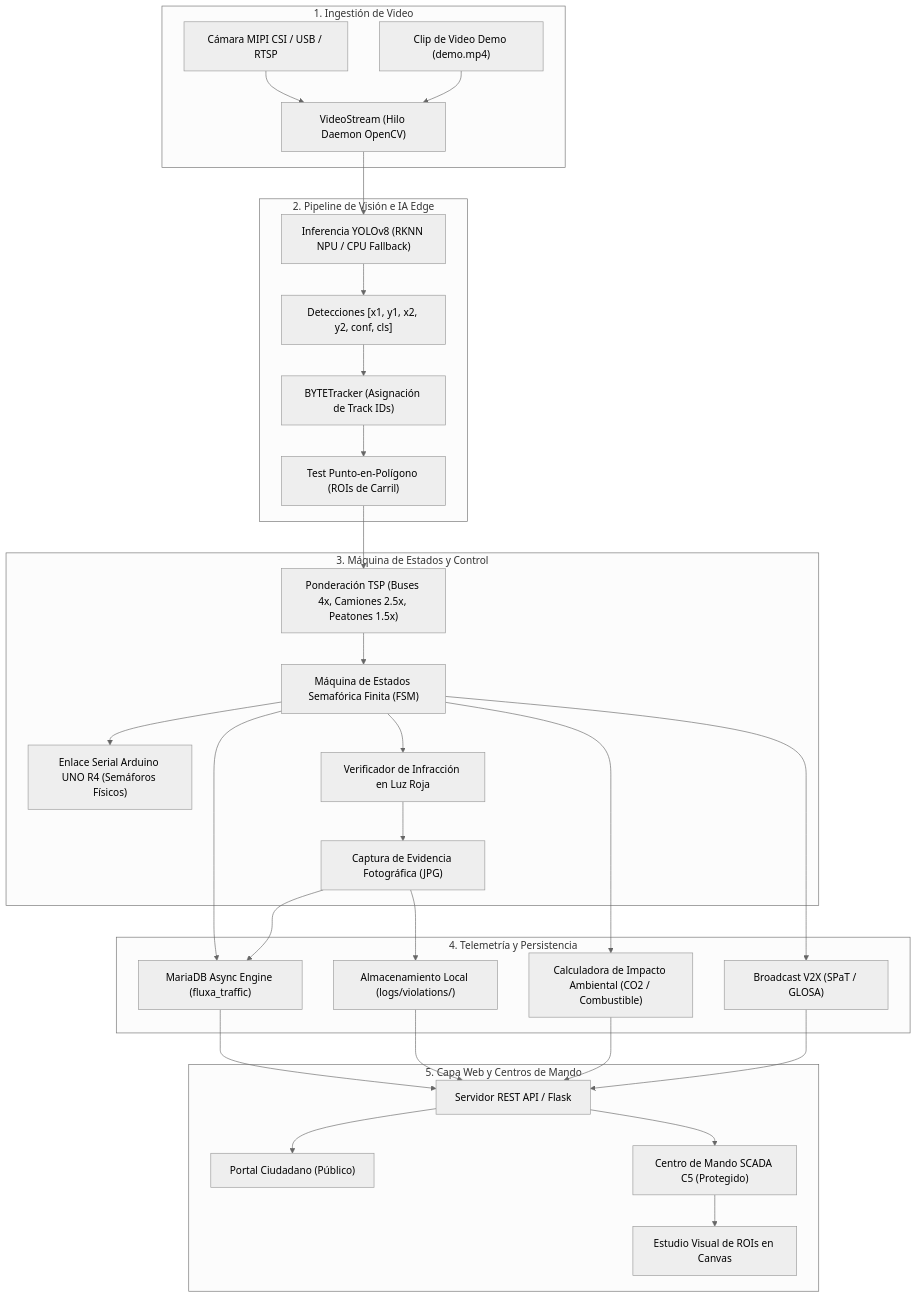
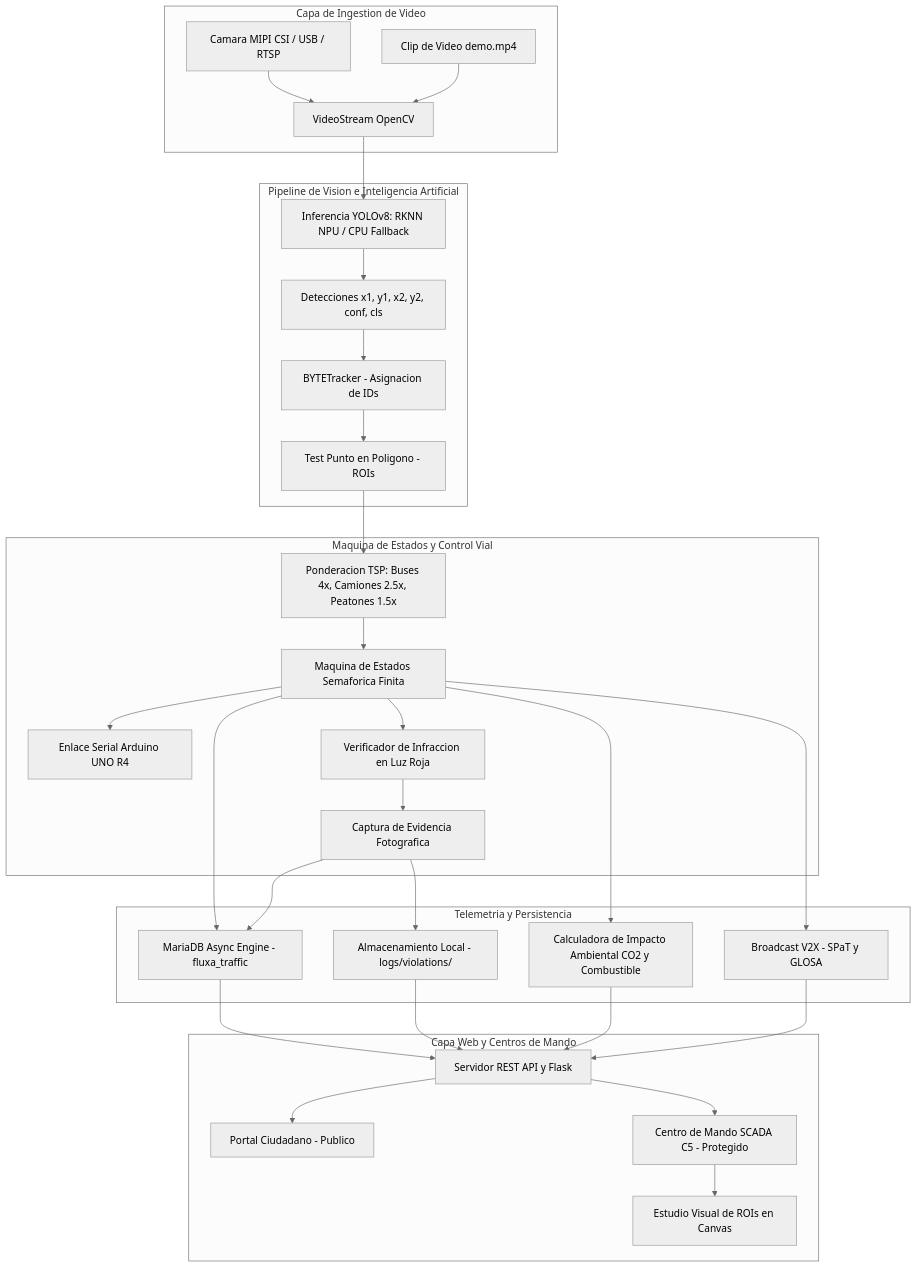
The diagram in docs/MANUAL_TECNICO.md (Pozole98/fluxa-smart-city), drawn with Mermaid (neutral theme) before and after one commit. The commit also changed other lines of this file and 3 other files, not shown here.

Commit message:
fix(docs): corregir sintaxis de Mermaid y formulas KaTeX para renderizado en GitHub

````diff
--- a/docs/MANUAL_TECNICO.md
+++ b/docs/MANUAL_TECNICO.md
@@ -34,40 +34,40 @@
 ```mermaid
 graph TD
-    subgraph INGESTION ["1. Ingestión de Video"]
-        CAM["Cámara MIPI CSI / USB / RTSP"] --> VS["VideoStream (Hilo Daemon OpenCV)"]
-        VID["Clip de Video Demo (demo.mp4)"] --> VS
+    subgraph SENSORICA [Capa de Ingestion de Video]
+        CAM[Camara MIPI CSI / USB / RTSP] --> VS[VideoStream OpenCV]
+        VID[Clip de Video demo.mp4] --> VS
     end
 
-    subgraph AI_PIPELINE ["2. Pipeline de Visión e IA Edge"]
-        VS --> INFER["Inferencia YOLOv8 (RKNN NPU / CPU Fallback)"]
-        INFER --> DETS["Detecciones [x1, y1, x2, y2, conf, cls]"]
-        DETS --> TRACK["BYTETracker (Asignación de Track IDs)"]
-        TRACK --> PIP["Test Punto-en-Polígono (ROIs de Carril)"]
+    subgraph AI_PIPELINE [Pipeline de Vision e Inteligencia Artificial]
+        VS --> INFER[Inferencia YOLOv8: RKNN NPU / CPU Fallback]
+        INFER --> DETS[Detecciones x1, y1, x2, y2, conf, cls]
+        DETS --> TRACK[BYTETracker - Asignacion de IDs]
+        TRACK --> PIP[Test Punto en Poligono - ROIs]
     end
 
-    subgraph CONTROL_LOGIC ["3. Máquina de Estados y Control"]
-        PIP --> TSP["Ponderación TSP (Buses 4x, Camiones 2.5x, Peatones 1.5x)"]
-        TSP --> FSM["Máquina de Estados Semafórica Finita (FSM)"]
-        FSM --> ARD["Enlace Serial Arduino UNO R4 (Semáforos Físicos)"]
-        FSM --> RED_LIGHT["Verificador de Infracción en Luz Roja"]
-        RED_LIGHT --> SNAP["Captura de Evidencia Fotográfica (JPG)"]
+    subgraph CONTROL_LOGIC [Maquina de Estados y Control Vial]
+        PIP --> TSP[Ponderacion TSP: Buses 4x, Camiones 2.5x, Peatones 1.5x]
+        TSP --> FSM[Maquina de Estados Semaforica Finita]
+        FSM --> ARD[Enlace Serial Arduino UNO R4]
+        FSM --> RED_LIGHT[Verificador de Infraccion en Luz Roja]
+        RED_LIGHT --> SNAP[Captura de Evidencia Fotografica]
     end
 
-    subgraph TELEMETRY_STORAGE ["4. Telemetría y Persistencia"]
-        FSM --> DB["MariaDB Async Engine (fluxa_traffic)"]
+    subgraph TELEMETRY_STORAGE [Telemetria y Persistencia]
+        FSM --> DB[MariaDB Async Engine - fluxa_traffic]
         SNAP --> DB
-        SNAP --> DISK["Almacenamiento Local (logs/violations/)"]
-        FSM --> V2X["Broadcast V2X (SPaT / GLOSA)"]
-        FSM --> ROI_CALC["Calculadora de Impacto Ambiental (CO2 / Combustible)"]
+        SNAP --> DISK[Almacenamiento Local - logs/violations/]
+        FSM --> V2X[Broadcast V2X - SPaT y GLOSA]
+        FSM --> ROI_CALC[Calculadora de Impacto Ambiental CO2 y Combustible]
     end
 
-    subgraph WEB_SCADA ["5. Capa Web y Centros de Mando"]
-        DB --> REST["Servidor REST API / Flask"]
+    subgraph WEB_SCADA [Capa Web y Centros de Mando]
+        DB --> REST[Servidor REST API y Flask]
         DISK --> REST
         ROI_CALC --> REST
         V2X --> REST
-        REST --> PUB_UI["Portal Ciudadano (Público)"]
-        REST --> ADM_UI["Centro de Mando SCADA C5 (Protegido)"]
-        ADM_UI --> CANVAS["Estudio Visual de ROIs en Canvas"]
+        REST --> PUB_UI[Portal Ciudadano - Publico]
+        REST --> ADM_UI[Centro de Mando SCADA C5 - Protegido]
+        ADM_UI --> CANVAS[Estudio Visual de ROIs en Canvas]
     end
 ```
````
